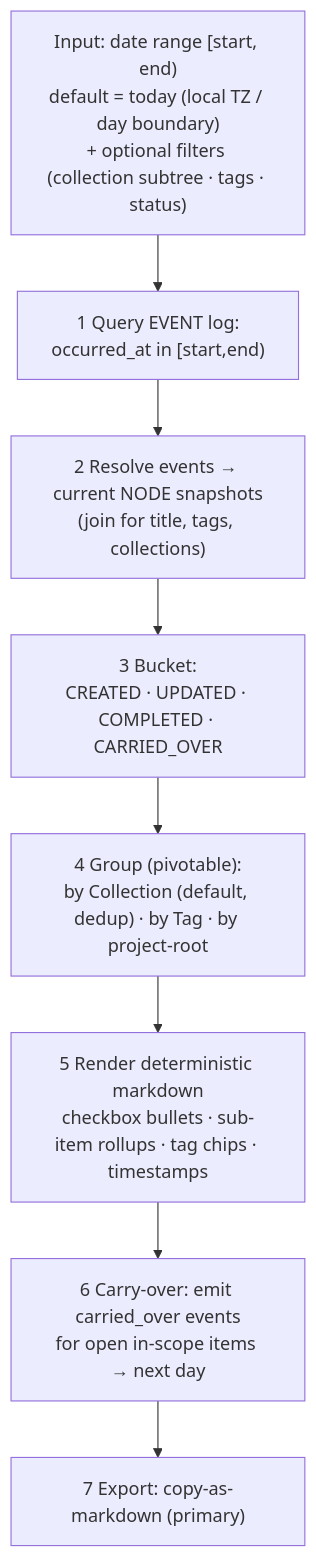
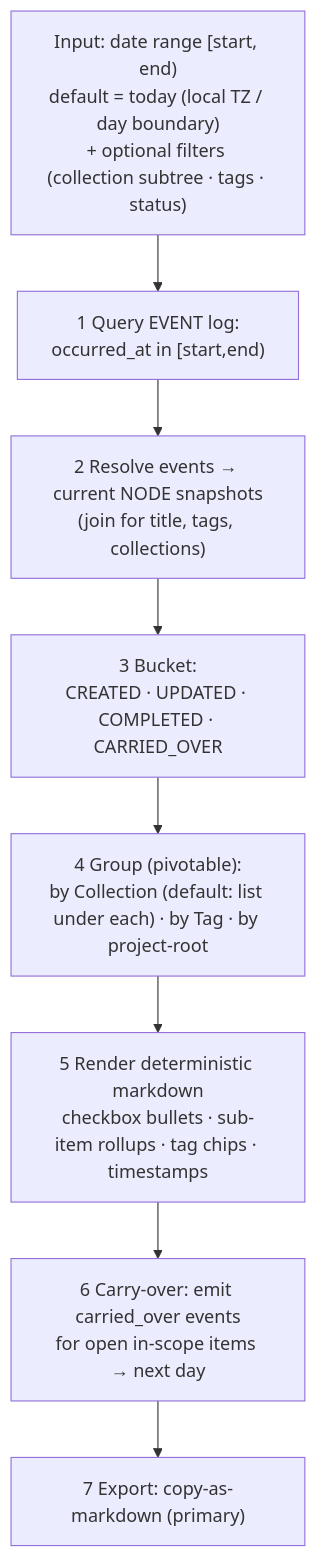
One commit to erancihan/erancihan changed the fourth of 4 diagrams in projects/todo-app/docs/03-data-model.md. Above: the diagram before and after it, drawn with Mermaid. The commit also changed other lines of this file and 5 other files, not shown here.

````diff
--- a/projects/todo-app/docs/03-data-model.md
+++ b/projects/todo-app/docs/03-data-model.md
@@ -443,12 +443,12 @@
 ```mermaid
 flowchart TD
     IN["Input: date range [start, end)<br/>default = today (local TZ / day boundary)<br/>+ optional filters (collection subtree · tags · status)"]
     Q["1 Query EVENT log:<br/>occurred_at in [start,end)"]
     R["2 Resolve events → current NODE snapshots<br/>(join for title, tags, collections)"]
     B["3 Bucket:<br/>CREATED · UPDATED · COMPLETED · CARRIED_OVER"]
-    G["4 Group (pivotable):<br/>by Collection (default, dedup) · by Tag · by project-root"]
+    G["4 Group (pivotable):<br/>by Collection (default: list under each) · by Tag · by project-root"]
     M["5 Render deterministic markdown<br/>checkbox bullets · sub-item rollups · tag chips · timestamps"]
     CO["6 Carry-over: emit carried_over events<br/>for open in-scope items → next day"]
     EX["7 Export: copy-as-markdown (primary)"]
     IN --> Q --> R --> B --> G --> M --> CO --> EX
 ```
````
